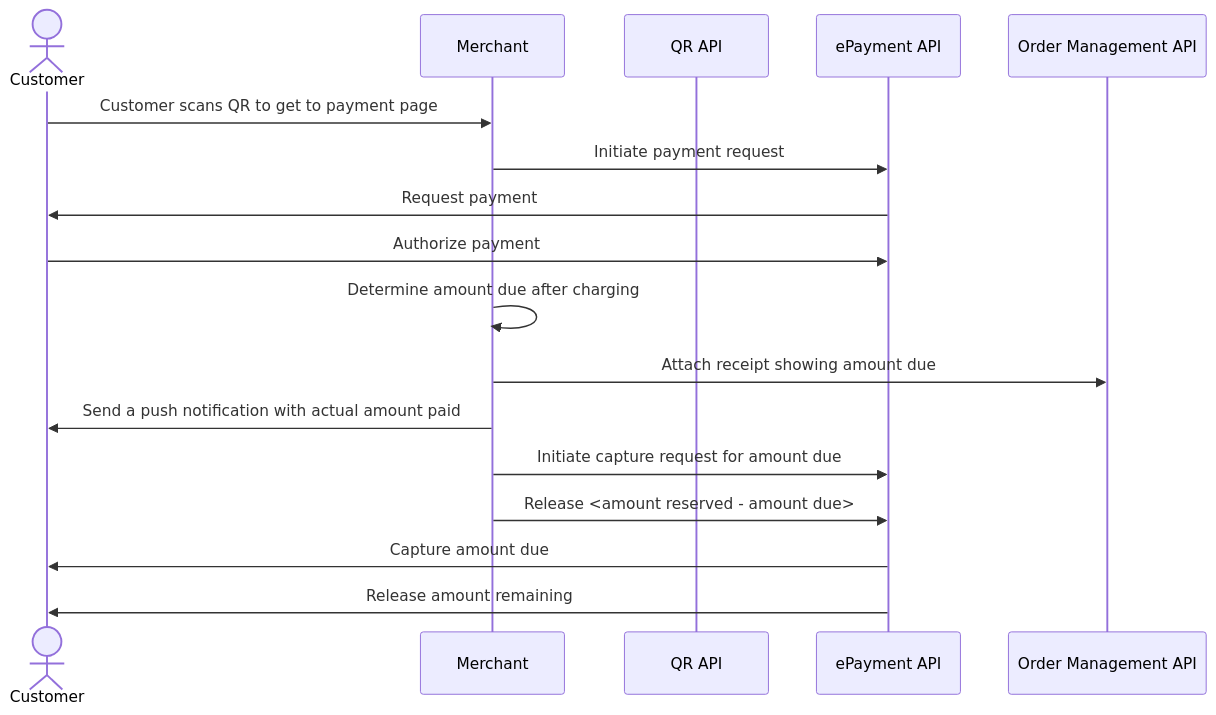
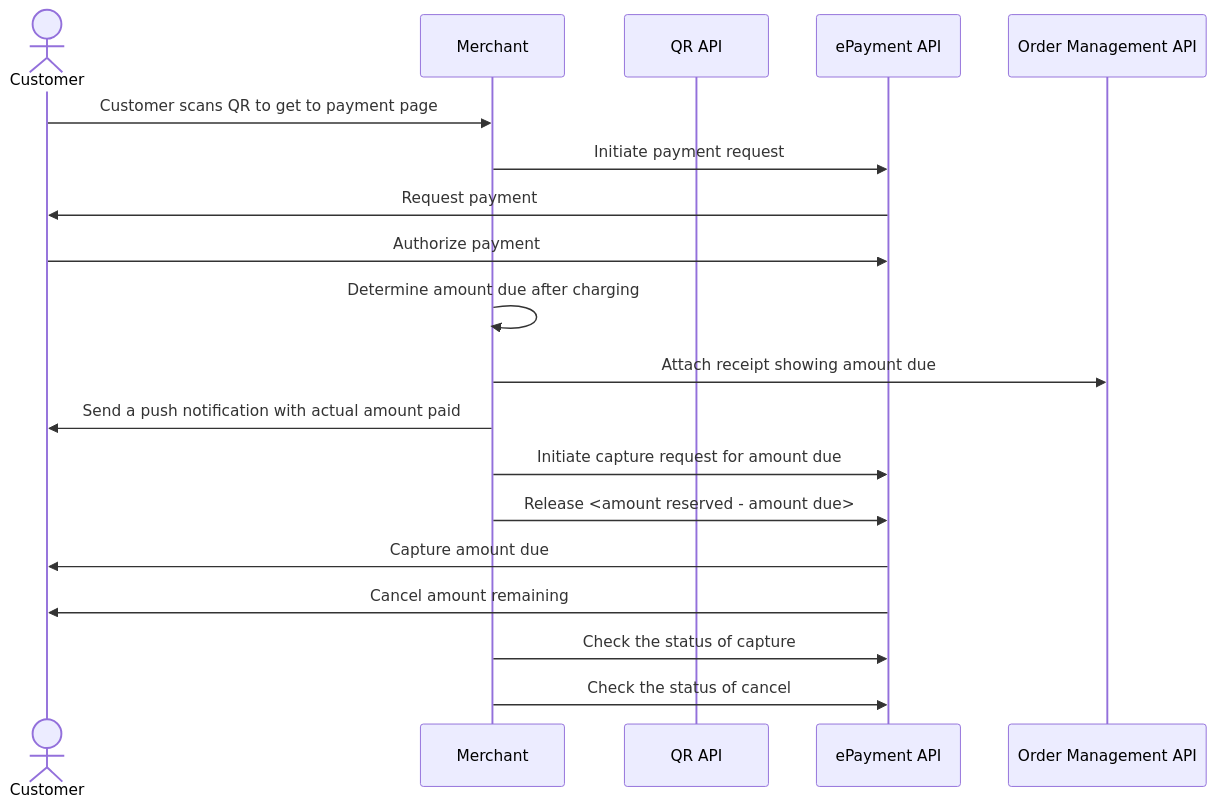
Before and after one commit to vippsas/vipps-solutions: the diagram in ev-charging/README.md, drawn with Mermaid. The commit also changed other lines of this file and 18 other files, not shown here.

````diff
--- a/ev-charging/README.md
+++ b/ev-charging/README.md
@@ -122,20 +130,22 @@
 ``` mermaid
 sequenceDiagram
     actor C as Customer
     participant M as Merchant
     participant QR as QR API
     participant ePayment as ePayment API
     participant ordermanagement as Order Management API
 
     C->>M: Customer scans QR to get to payment page
     M->>ePayment: Initiate payment request
     ePayment->>C: Request payment
     C->>ePayment: Authorize payment
     M->>M: Determine amount due after charging
     M->>ordermanagement: Attach receipt showing amount due
     M->>C: Send a push notification with actual amount paid
     M->>ePayment: Initiate capture request for amount due
     M->>ePayment: Release <amount reserved - amount due>
     ePayment->>C: Capture amount due
-    ePayment->>C: Release amount remaining 
+    ePayment->>C: Cancel amount remaining
+    M->>ePayment: Check the status of capture
+    M->>ePayment: Check the status of cancel
 ```
````
